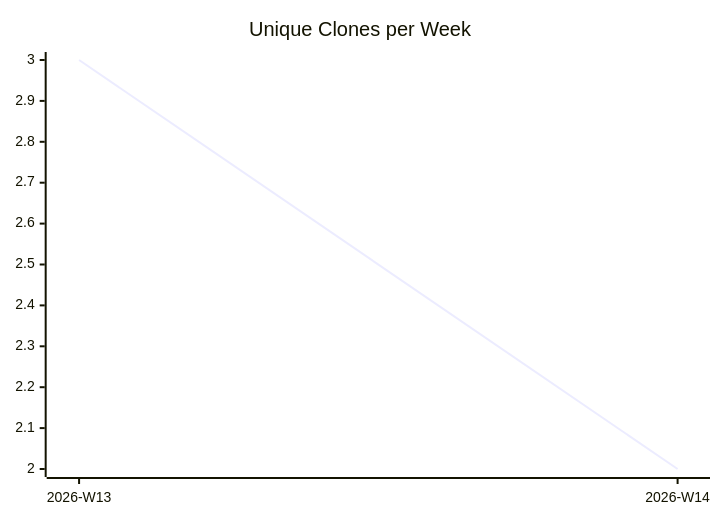
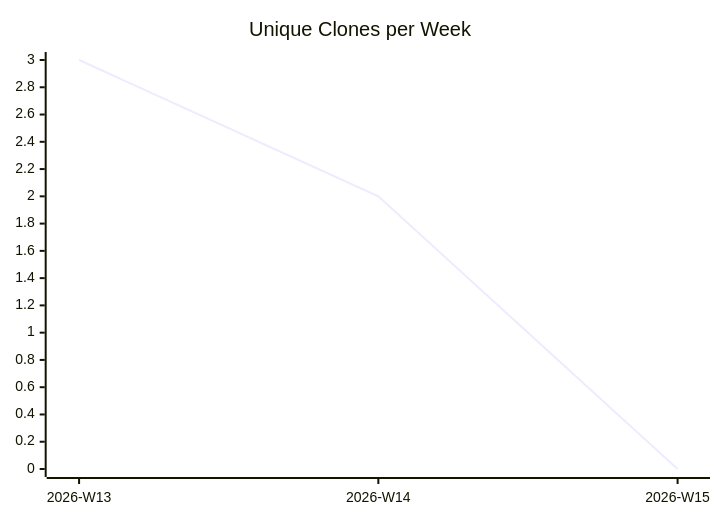
Before and after one commit to justdavis-family/github-analytics-data: the third of 3 diagrams in karlmdavis/ansible-role-rcm-dotfiles/README.md, drawn with Mermaid. The commit also changed other lines of this file and 190 other files, not shown here.

````diff
--- a/karlmdavis/ansible-role-rcm-dotfiles/README.md
+++ b/karlmdavis/ansible-role-rcm-dotfiles/README.md
@@ -19,6 +19,6 @@
 ```mermaid
 xychart-beta
   title "Unique Clones per Week"
-  x-axis ["2026-W13", "2026-W14"]
-  line [3, 2]
+  x-axis ["2026-W13", "2026-W14", "2026-W15"]
+  line [3, 2, 0]
 ```
````
